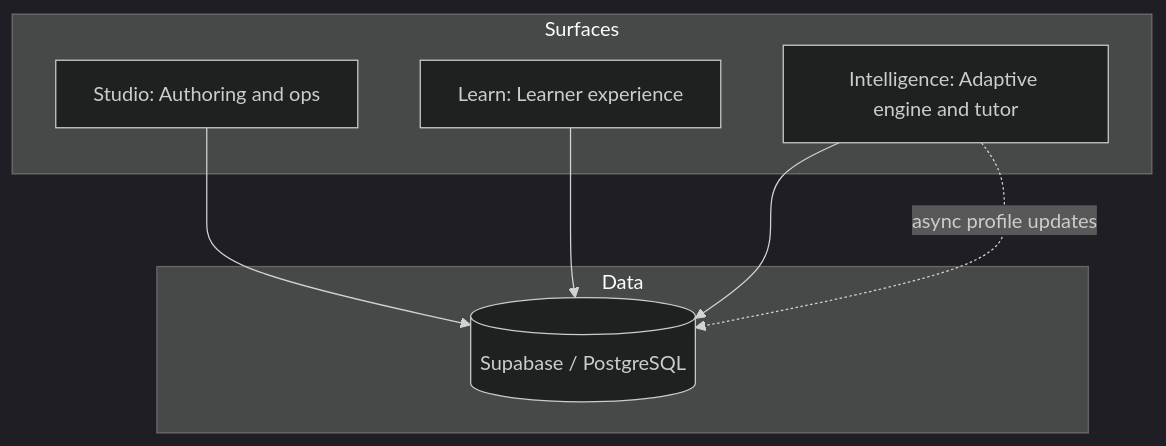
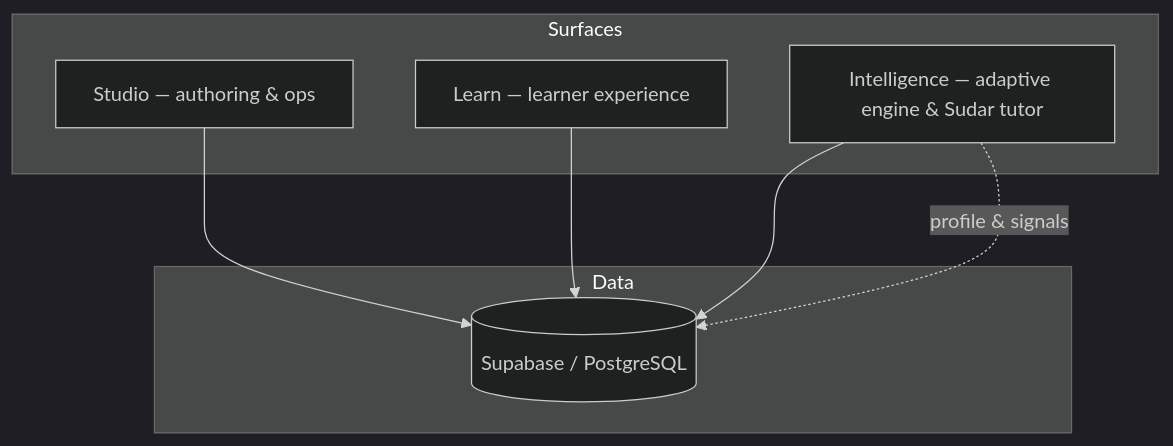
One commit to Dhanikesh-Karunanithi/Sudar changed the diagram in README.md. Above: the diagram before and after it, drawn with Mermaid (dark theme). The commit also changed other lines of this file and 20 other files, not shown here.

````diff
--- a/README.md
+++ b/README.md
@@ -53,15 +48,15 @@
 ```mermaid
 flowchart TB
   subgraph surfaces [Surfaces]
-    Studio[Studio: Authoring and ops]
-    Learn[Learn: Learner experience]
-    Intel[Intelligence: Adaptive engine and tutor]
+    Studio[Studio — authoring & ops]
+    Learn[Learn — learner experience]
+    Intel[Intelligence — adaptive engine & Sudar tutor]
   end
   subgraph data [Data]
     Supabase[(Supabase / PostgreSQL)]
   end
   Studio --> Supabase
   Learn --> Supabase
   Intel --> Supabase
-  Intel -.->|async profile updates| Supabase
+  Intel -.->|profile & signals| Supabase
 ```
````
